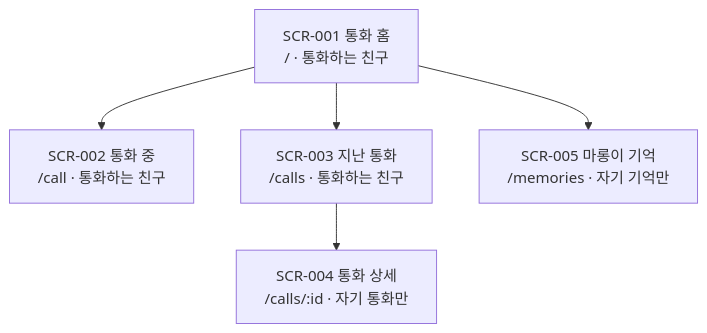
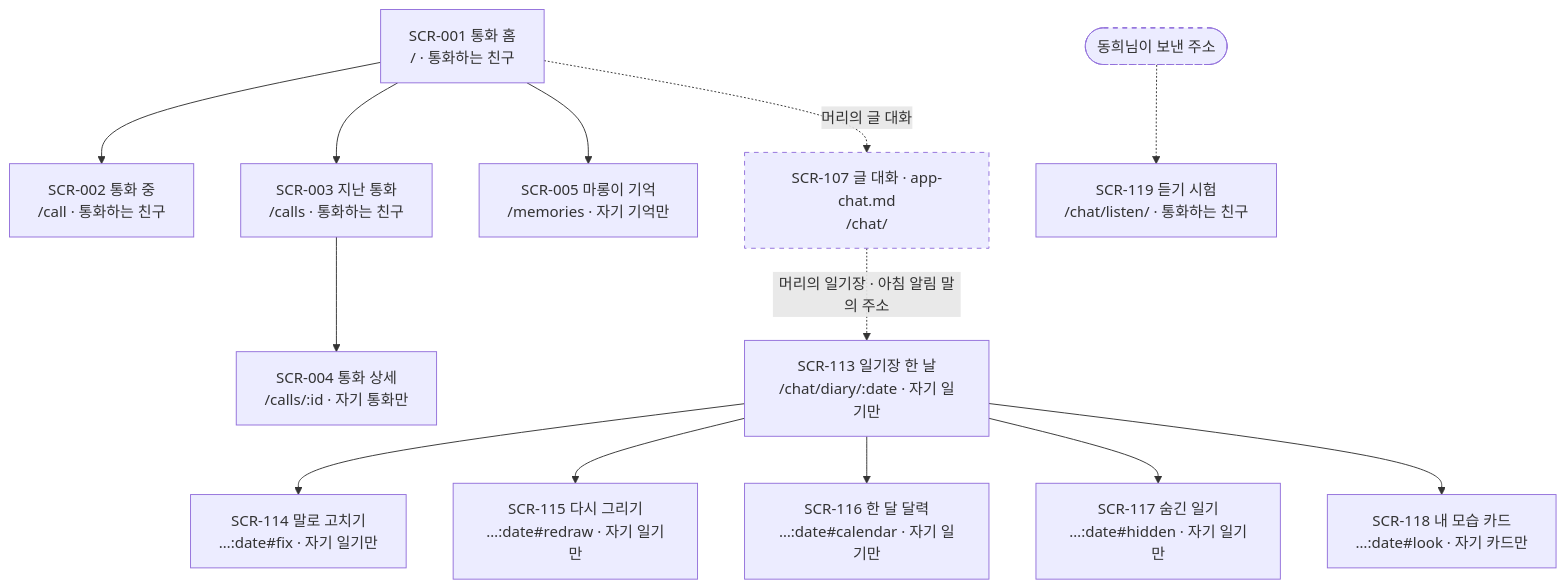
Before and after one commit to kodonghui/marong2: the diagram in docs/07-sitemap/sitemap.md, drawn with Mermaid. The commit also changed other lines of this file and 13 other files, not shown here.

First line of the commit message:
Design 07: sitemap for Marong's diary and listening test (SCR-113~119)

````diff
--- a/docs/07-sitemap/sitemap.md
+++ b/docs/07-sitemap/sitemap.md
@@ -8,7 +9,17 @@
 ```mermaid
 flowchart TD
   SCR001["SCR-001 통화 홈<br/>/ · 통화하는 친구"] --> SCR002["SCR-002 통화 중<br/>/call · 통화하는 친구"]
   SCR001 --> SCR003["SCR-003 지난 통화<br/>/calls · 통화하는 친구"]
   SCR003 --> SCR004["SCR-004 통화 상세<br/>/calls/:id · 자기 통화만"]
   SCR001 --> SCR005["SCR-005 마롱이 기억<br/>/memories · 자기 기억만"]
+  SCR001 -.->|머리의 글 대화| SCR107["SCR-107 글 대화 · app-chat.md<br/>/chat/"]
+  SCR107 -.->|머리의 일기장 · 아침 알림 말의 주소| SCR113["SCR-113 일기장 한 날<br/>/chat/diary/:date · 자기 일기만"]
+  SCR113 --> SCR114["SCR-114 말로 고치기<br/>…:date#fix · 자기 일기만"]
+  SCR113 --> SCR115["SCR-115 다시 그리기<br/>…:date#redraw · 자기 일기만"]
+  SCR113 --> SCR116["SCR-116 한 달 달력<br/>…:date#calendar · 자기 일기만"]
+  SCR113 --> SCR117["SCR-117 숨긴 일기<br/>…:date#hidden · 자기 일기만"]
+  SCR113 --> SCR118["SCR-118 내 모습 카드<br/>…:date#look · 자기 카드만"]
+  LINK(["동희님이 보낸 주소"]) -.-> SCR119["SCR-119 듣기 시험<br/>/chat/listen/ · 통화하는 친구"]
+  classDef outside stroke-dasharray: 5 5
+  class SCR107,LINK outside
 ```
````
